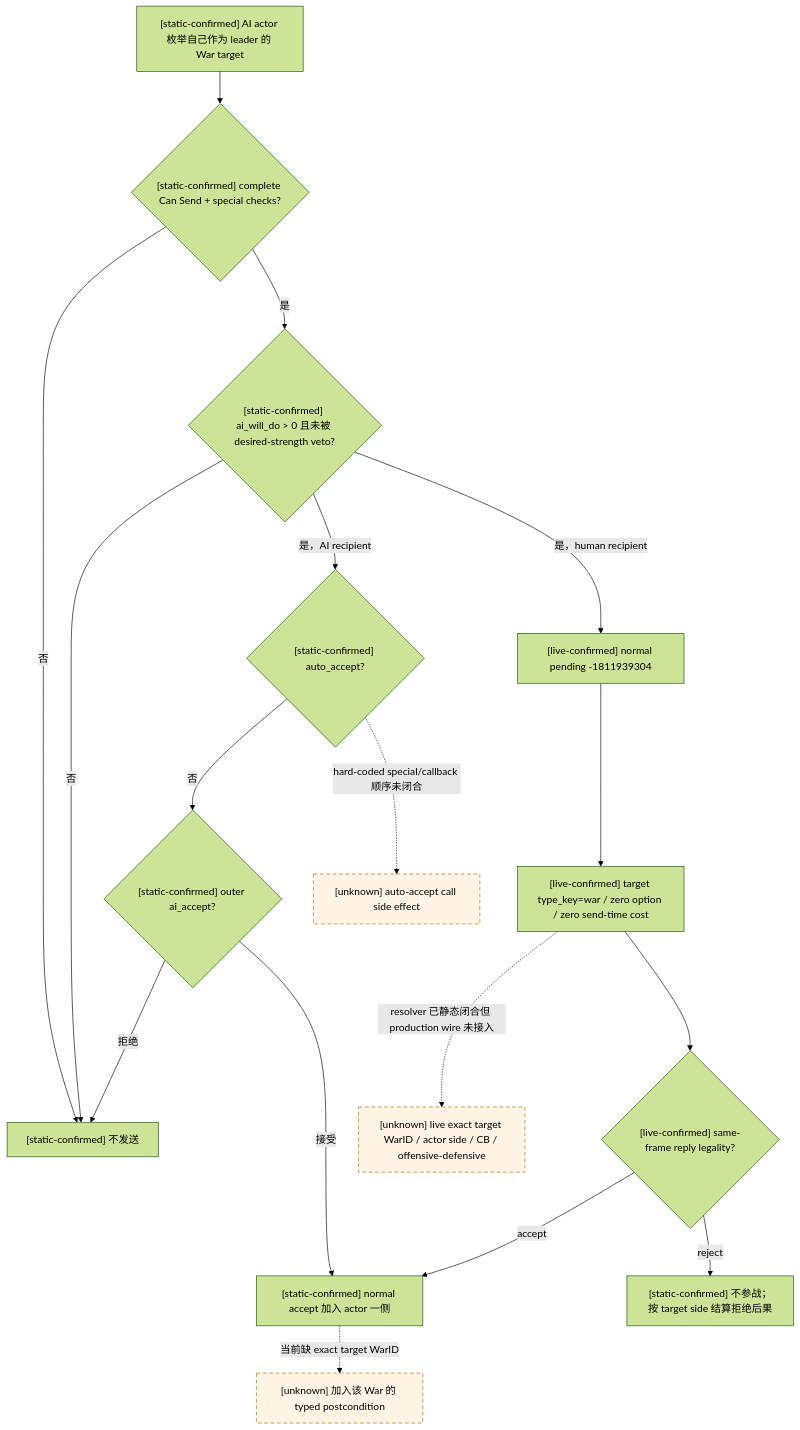
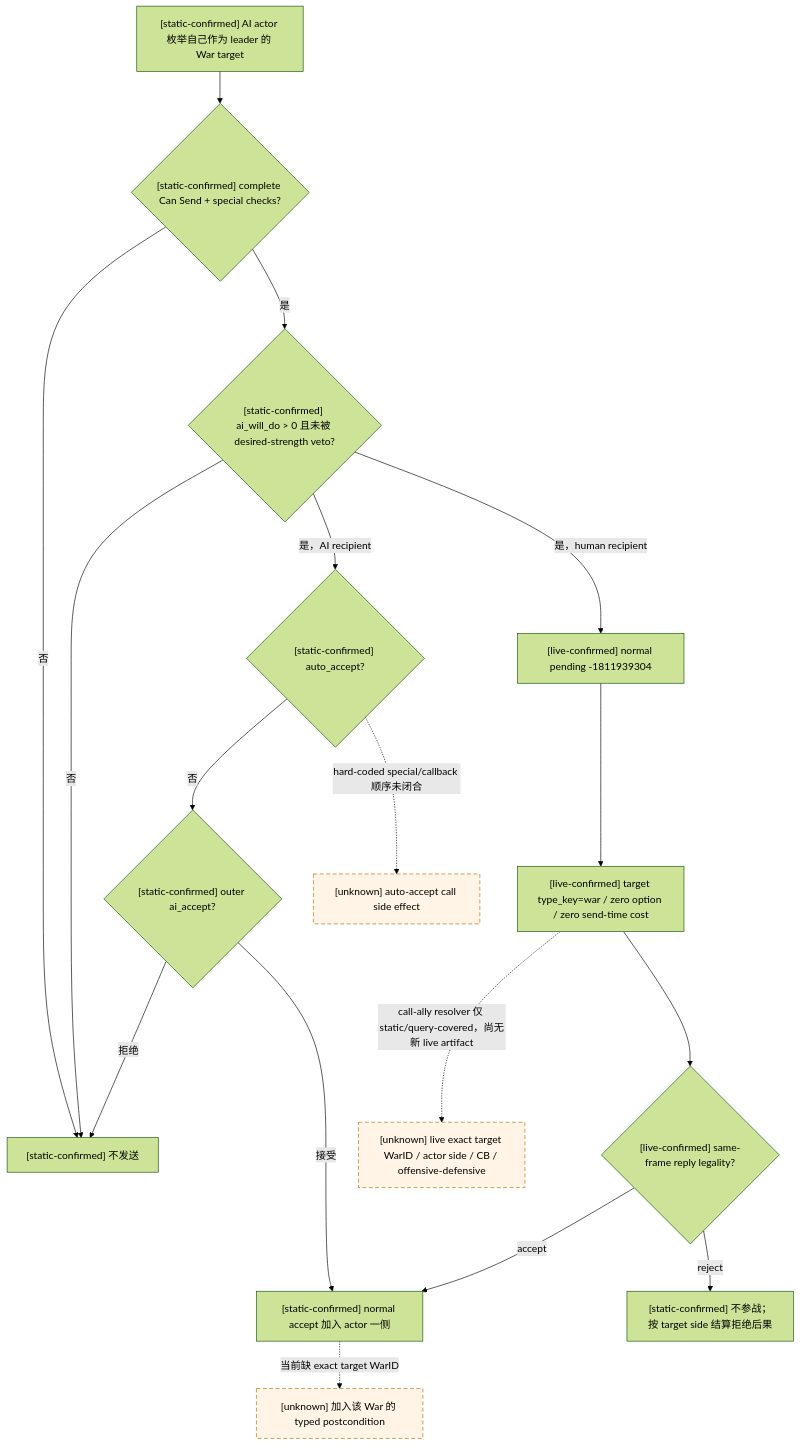
Before and after one commit to XenoAmess/ck3_eternal_recurrence: the third of 3 diagrams in docs/ck3-native-ai/marriage-and-alliance.md, drawn with Mermaid (forest theme). The commit also changed other lines of this file and 17 other files, not shown here.

Commit message:
Close call-ally typed target definition boundary

````diff
--- a/docs/ck3-native-ai/marriage-and-alliance.md
+++ b/docs/ck3-native-ai/marriage-and-alliance.md
@@ -429,21 +441,21 @@
 ```mermaid
 flowchart TD
     A["[static-confirmed] AI actor 枚举自己作为 leader 的 War target"] --> C{"[static-confirmed] complete Can Send + special checks?"}
     C -->|否| N["[static-confirmed] 不发送"]
     C -->|是| W{"[static-confirmed] ai_will_do > 0 且未被 desired-strength veto?"}
     W -->|否| N
     W -->|是，AI recipient| R{"[static-confirmed] auto_accept?"}
     R -->|否| E{"[static-confirmed] outer ai_accept?"}
     E -->|拒绝| N
     E -->|接受| J["[static-confirmed] normal accept 加入 actor 一侧"]
     R -. "hard-coded special/callback 顺序未闭合" .-> H["[unknown] auto-accept call side effect"]
     W -->|是，human recipient| P["[live-confirmed] normal pending -1811939304"]
     P --> T["[live-confirmed] target type_key=war / zero option / zero send-time cost"]
-    T -. "resolver 已静态闭合但 production wire 未接入" .-> U["[unknown] live exact target WarID / actor side / CB / offensive-defensive"]
+    T -. "call-ally resolver 仅 static/query-covered，尚无新 live artifact" .-> U["[unknown] live exact target WarID / actor side / CB / offensive-defensive"]
     T --> L{"[live-confirmed] same-frame reply legality?"}
     L -->|accept| J
     L -->|reject| D["[static-confirmed] 不参战；按 target side 结算拒绝后果"]
     J -. "当前缺 exact target WarID" .-> Q["[unknown] 加入该 War 的 typed postcondition"]
     classDef unknown stroke-dasharray: 6 4,fill:#fff4e5,stroke:#b36b00;
     class H,U,Q unknown;
 ```
````
